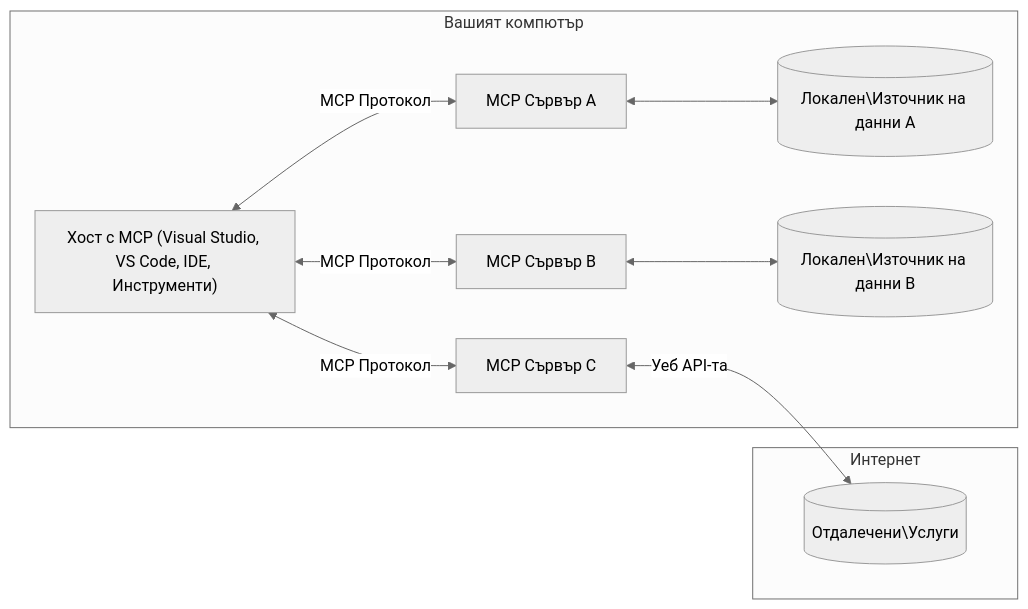
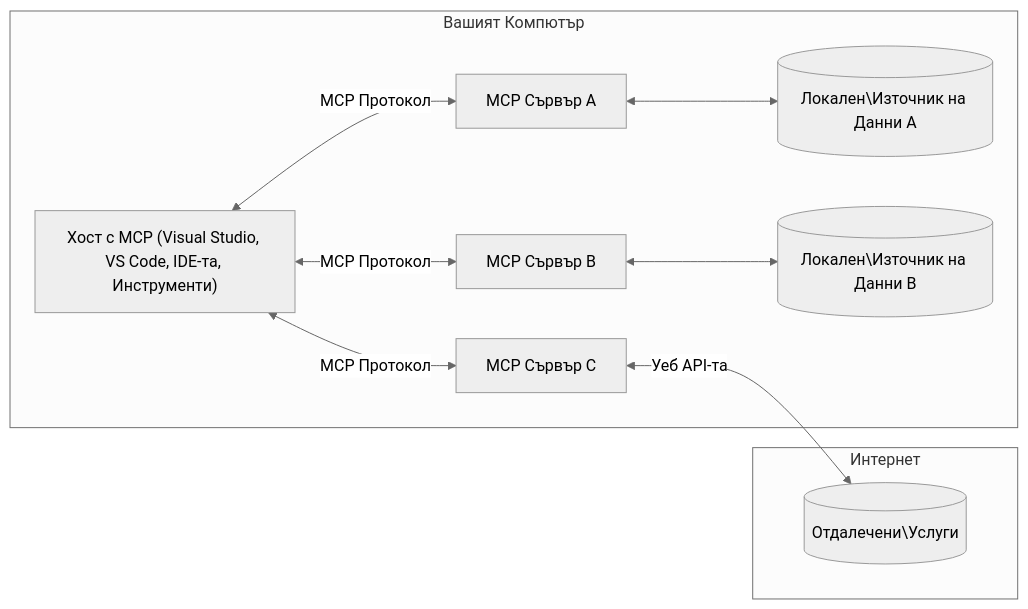
Before and after one commit to Mu-L/mcp-for-beginners: the diagram in translations/bg/01-CoreConcepts/README.md, drawn with Mermaid (neutral theme). The commit also changed other lines of this file and 110 other files, not shown here.

````diff
--- a/translations/bg/01-CoreConcepts/README.md
+++ b/translations/bg/01-CoreConcepts/README.md
@@ -45,17 +45,17 @@
 ```mermaid
 flowchart LR
-    subgraph "Вашият компютър"
-        Host["Хост с MCP (Visual Studio, VS Code, IDE, Инструменти)"]
+    subgraph "Вашият Компютър"
+        Host["Хост с MCP (Visual Studio, VS Code, IDE-та, Инструменти)"]
         S1["MCP Сървър A"]
         S2["MCP Сървър B"]
         S3["MCP Сървър C"]
         Host <-->|"MCP Протокол"| S1
         Host <-->|"MCP Протокол"| S2
         Host <-->|"MCP Протокол"| S3
-        S1 <--> D1[("Локален\Източник на данни A")]
-        S2 <--> D2[("Локален\Източник на данни B")]
+        S1 <--> D1[("Локален\Източник на Данни A")]
+        S2 <--> D2[("Локален\Източник на Данни B")]
     end
     subgraph "Интернет"
         S3 <-->|"Уеб API-та"| D3[("Отдалечени\Услуги")]
     end
 ```
````
